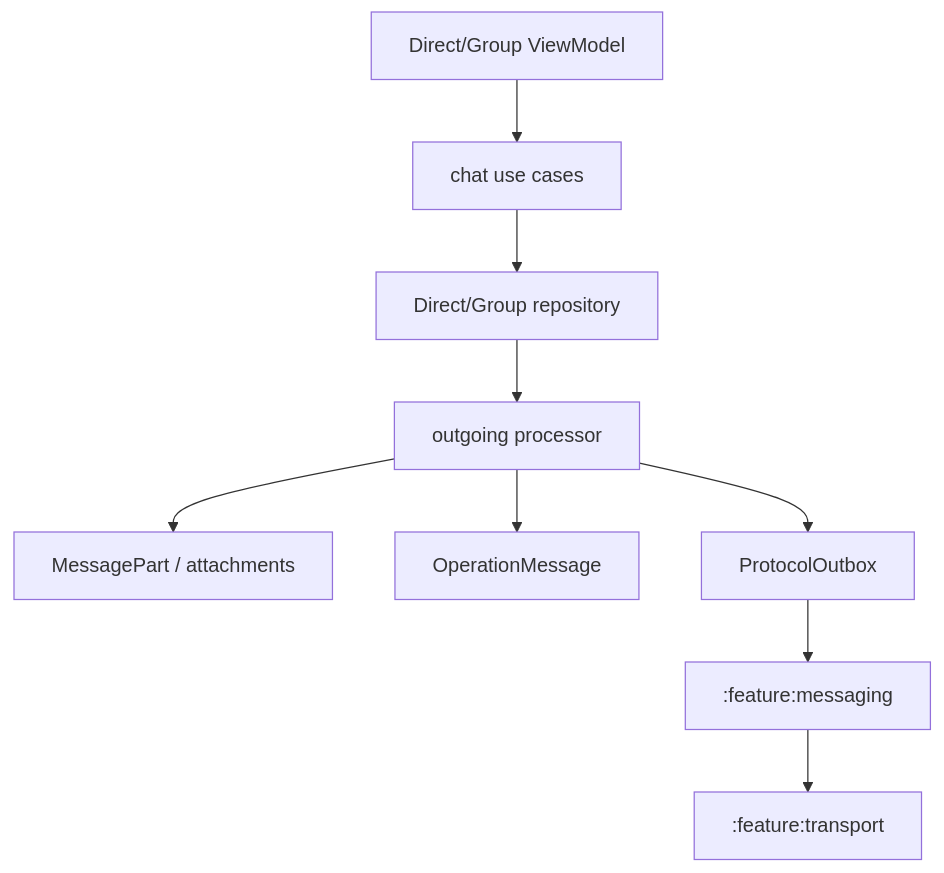
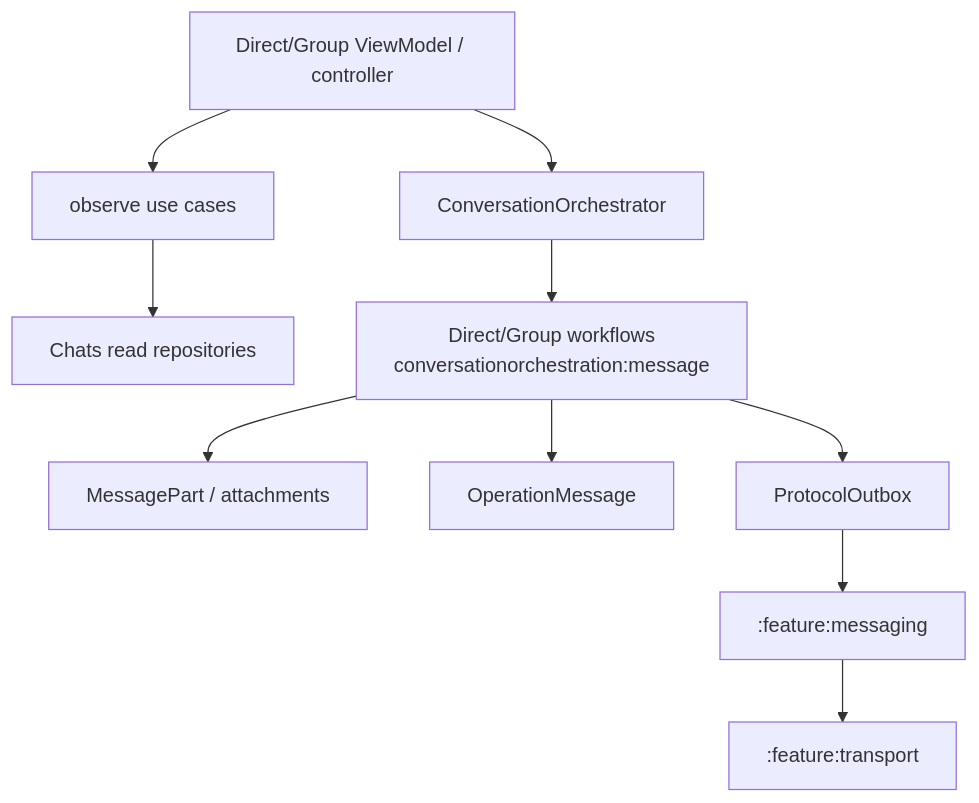
The diagram in docs/architecture/chats.md (cbgm/Sparrow), drawn with Mermaid before and after one commit. The commit also changed other lines of this file and 1098 other files, not shown here.

````diff
--- a/docs/architecture/chats.md
+++ b/docs/architecture/chats.md
@@ -5,11 +5,12 @@
 ```mermaid
 flowchart TD
-    UI[Direct/Group ViewModel] --> UC[chat use cases]
-    UC --> REPO[Direct/Group repository]
-    REPO --> PROC[outgoing processor]
-    PROC --> PARTS[MessagePart / attachments]
-    PROC --> OP[OperationMessage]
-    PROC --> OUTBOX[ProtocolOutbox]
+    UI[Direct/Group ViewModel / controller] --> OBS[observe use cases]
+    OBS --> READ[Chats read repositories]
+    UI --> ORCH[ConversationOrchestrator]
+    ORCH --> WF[Direct/Group workflows<br/>conversationorchestration:message]
+    WF --> PARTS[MessagePart / attachments]
+    WF --> OP[OperationMessage]
+    WF --> OUTBOX[ProtocolOutbox]
     OUTBOX --> MSG[:feature:messaging]
     MSG --> TX[:feature:transport]
 ```
````
